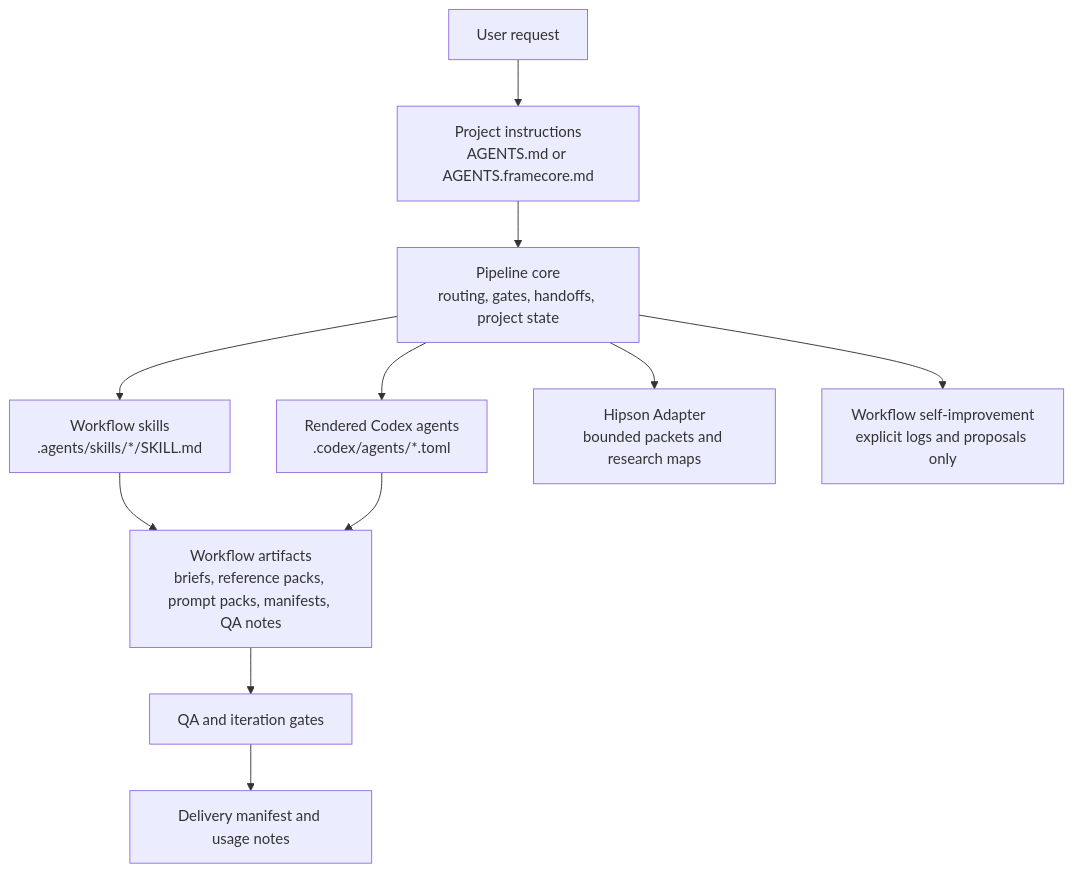
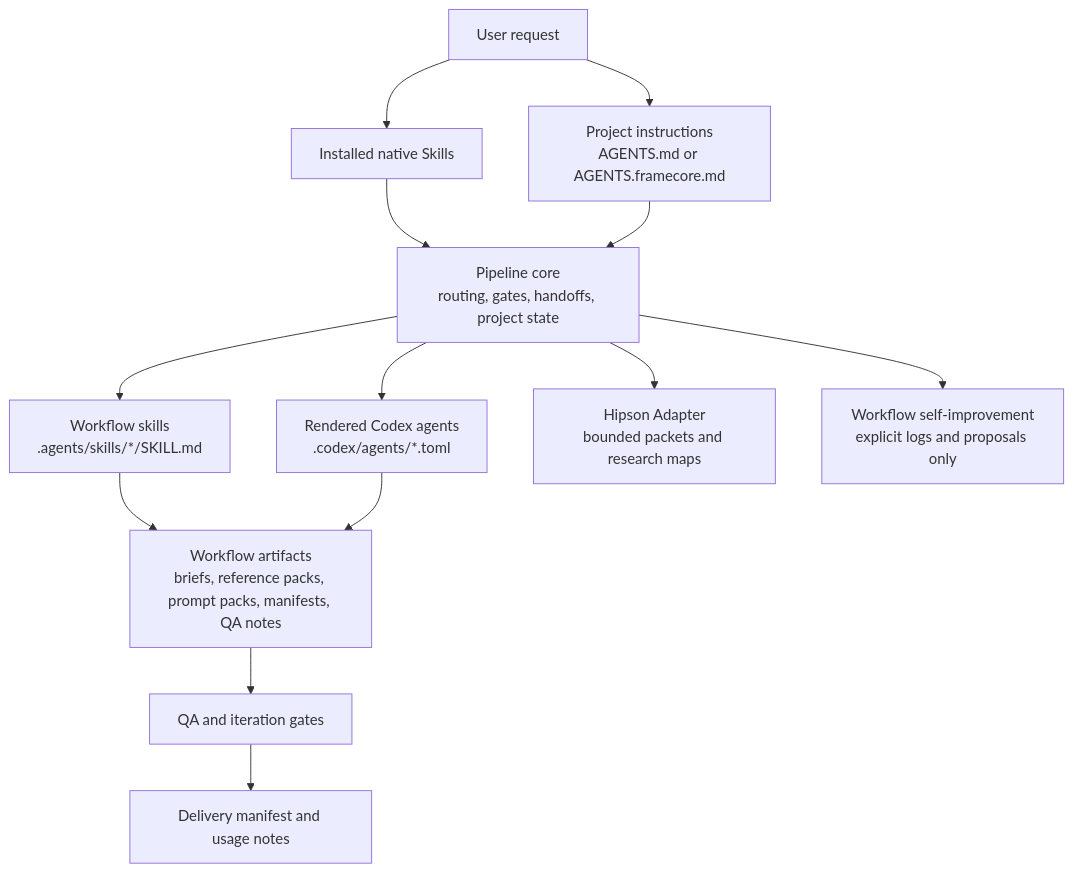
One commit to FrameCoreWorks/framecore-works-codex-chatgpt-workflow-kit changed the diagram in docs/architecture.md. Above: the diagram before and after it, drawn with Mermaid. The commit also changed other lines of this file and 26 other files, not shown here.

````diff
--- a/docs/architecture.md
+++ b/docs/architecture.md
@@ -21,13 +28,15 @@
 ```mermaid
 flowchart TD
-  User["User request"] --> Instructions["Project instructions<br/>AGENTS.md or AGENTS.framecore.md"]
+  User["User request"] --> Native["Installed native Skills"]
+  Native --> Orchestrator
+  User --> Instructions["Project instructions<br/>AGENTS.md or AGENTS.framecore.md"]
   Instructions --> Orchestrator["Pipeline core<br/>routing, gates, handoffs, project state"]
   Orchestrator --> Agents["Rendered Codex agents<br/>.codex/agents/*.toml"]
   Orchestrator --> Skills["Workflow skills<br/>.agents/skills/*/SKILL.md"]
   Skills --> Artifacts["Workflow artifacts<br/>briefs, reference packs, prompt packs, manifests, QA notes"]
   Agents --> Artifacts
   Artifacts --> QA["QA and iteration gates"]
   QA --> Delivery["Delivery manifest and usage notes"]
   Orchestrator --> Expansion["Hipson Adapter<br/>bounded packets and research maps"]
   Orchestrator --> Governance["Workflow self-improvement<br/>explicit logs and proposals only"]
 ```
````
